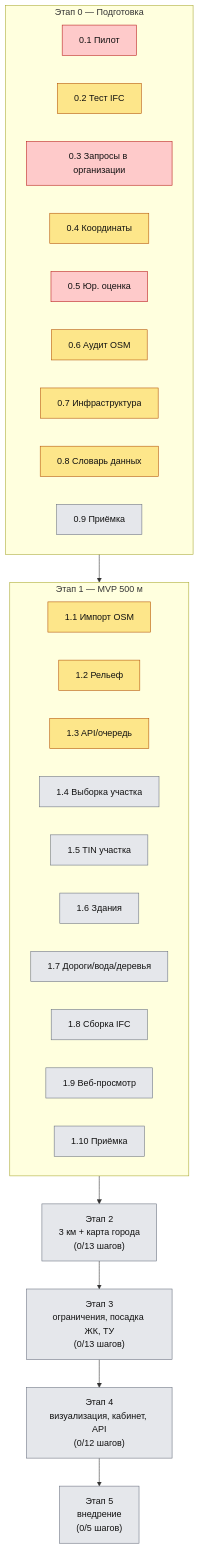
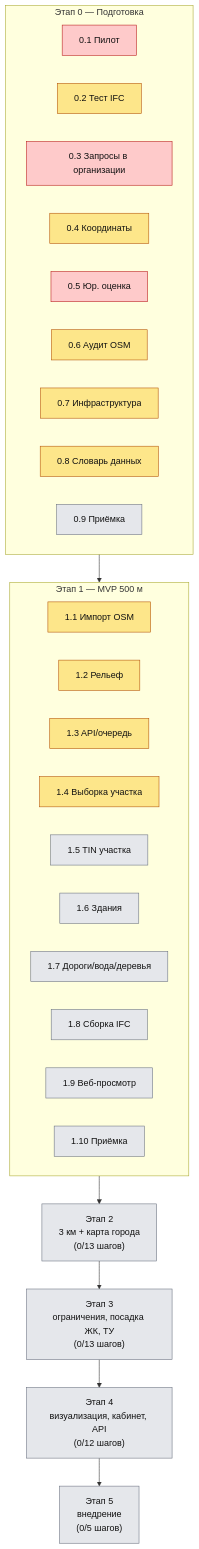
One commit to senkinegor1803-byte/Topology- changed the diagram in docs/dev-tree.md. Above: the diagram before and after it, drawn with Mermaid. The commit also changed other lines of this file and 22 other files, not shown here.

````diff
--- a/docs/dev-tree.md
+++ b/docs/dev-tree.md
@@ -18,40 +18,40 @@
 ```mermaid
 flowchart TD
     subgraph E0["Этап 0 — Подготовка"]
         direction LR
         S01["0.1 Пилот"]:::blocked
         S02["0.2 Тест IFC"]:::partial
         S03["0.3 Запросы в организации"]:::blocked
         S04["0.4 Координаты"]:::partial
         S05["0.5 Юр. оценка"]:::blocked
         S06["0.6 Аудит OSM"]:::partial
         S07["0.7 Инфраструктура"]:::partial
         S08["0.8 Словарь данных"]:::partial
         S09["0.9 Приёмка"]:::notstarted
     end
 
     subgraph E1["Этап 1 — MVP 500 м"]
         direction LR
         S11["1.1 Импорт OSM"]:::partial
         S12["1.2 Рельеф"]:::partial
         S13["1.3 API/очередь"]:::partial
-        S14["1.4 Выборка участка"]:::notstarted
+        S14["1.4 Выборка участка"]:::partial
         S15["1.5 TIN участка"]:::notstarted
         S16["1.6 Здания"]:::notstarted
         S17["1.7 Дороги/вода/деревья"]:::notstarted
         S18["1.8 Сборка IFC"]:::notstarted
         S19["1.9 Веб-просмотр"]:::notstarted
         S110["1.10 Приёмка"]:::notstarted
     end
 
     E2["Этап 2<br/>3 км + карта города<br/>(0/13 шагов)"]:::notstarted
     E3["Этап 3<br/>ограничения, посадка ЖК, ТУ<br/>(0/13 шагов)"]:::notstarted
     E4["Этап 4<br/>визуализация, кабинет, API<br/>(0/12 шагов)"]:::notstarted
     E5["Этап 5<br/>внедрение<br/>(0/5 шагов)"]:::notstarted
 
     E0 --> E1 --> E2 --> E3 --> E4 --> E5
 
     classDef partial fill:#fde68a,stroke:#b45309,color:#111;
     classDef blocked fill:#fecaca,stroke:#b91c1c,color:#111;
     classDef notstarted fill:#e5e7eb,stroke:#6b7280,color:#111;
 ```
````
